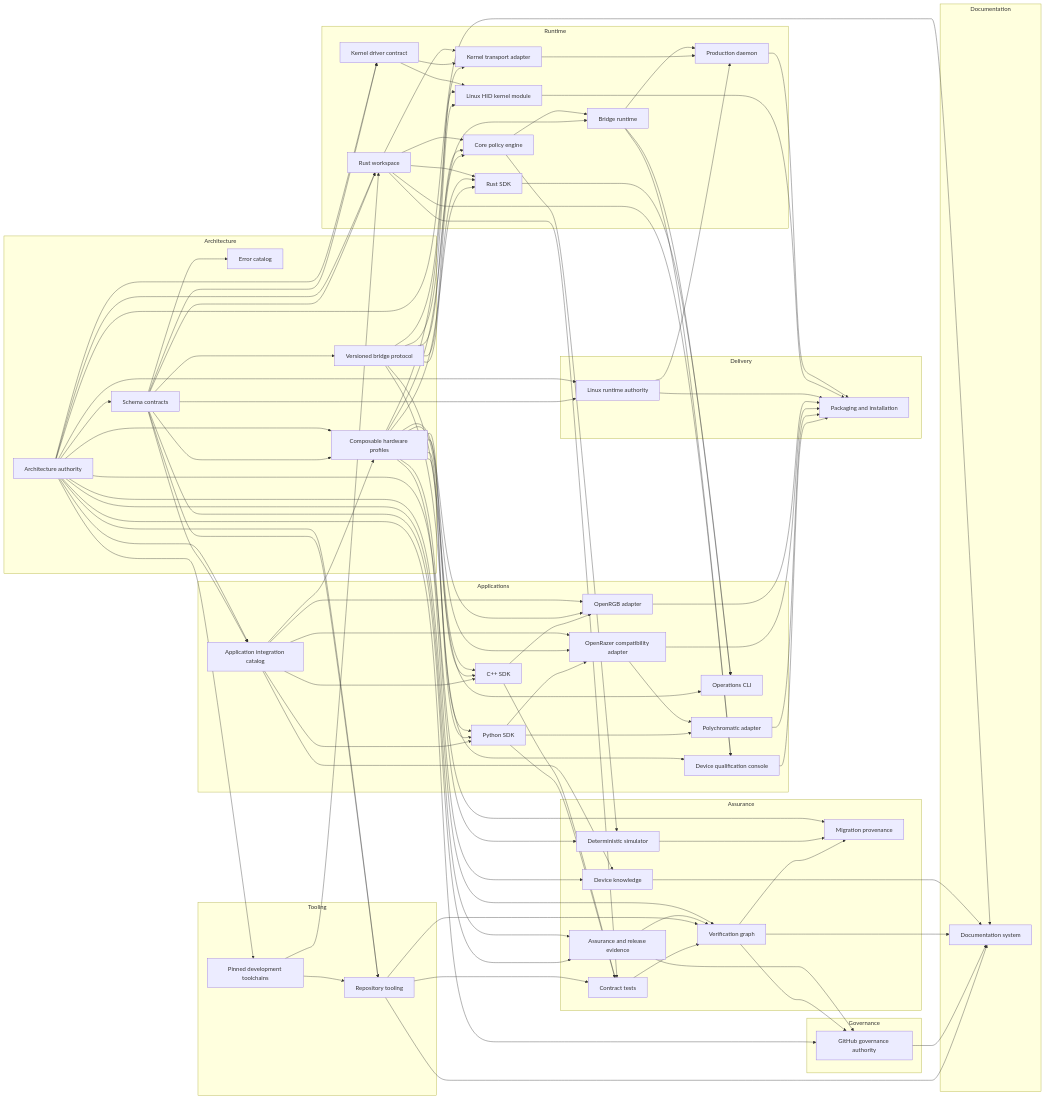
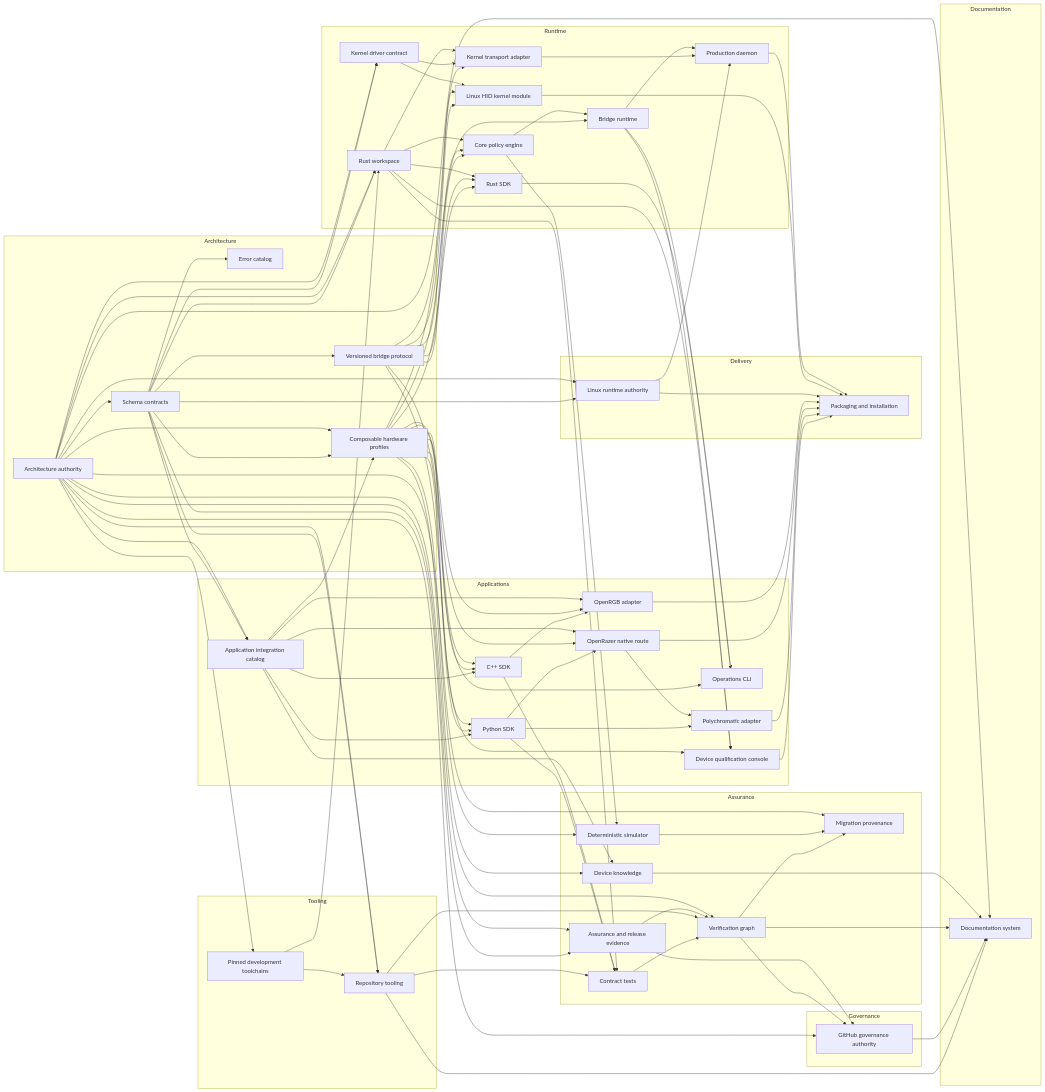
One commit to offalexjackson777-stack/hyperflux-next changed the diagram in docs/generated/repository-atlas.md. Above: the diagram before and after it, drawn with Mermaid. The commit also changed other lines of this file and 95 other files, not shown here.

Commit message:
feat: complete declarative native route integration

```diff
--- a/docs/generated/repository-atlas.md
+++ b/docs/generated/repository-atlas.md
@@ -15,7 +15,7 @@
     subgraph c_applications["Applications"]
         n_integrations["Application integration catalog"]
         n_openrgb_adapter["OpenRGB adapter"]
-        n_openrazer_adapter["OpenRazer compatibility adapter"]
+        n_openrazer_adapter["OpenRazer native route"]
         n_polychromatic_adapter["Polychromatic adapter"]
         n_device_qualification_console["Device qualification console"]
         n_operations_cli["Operations CLI"]
```
